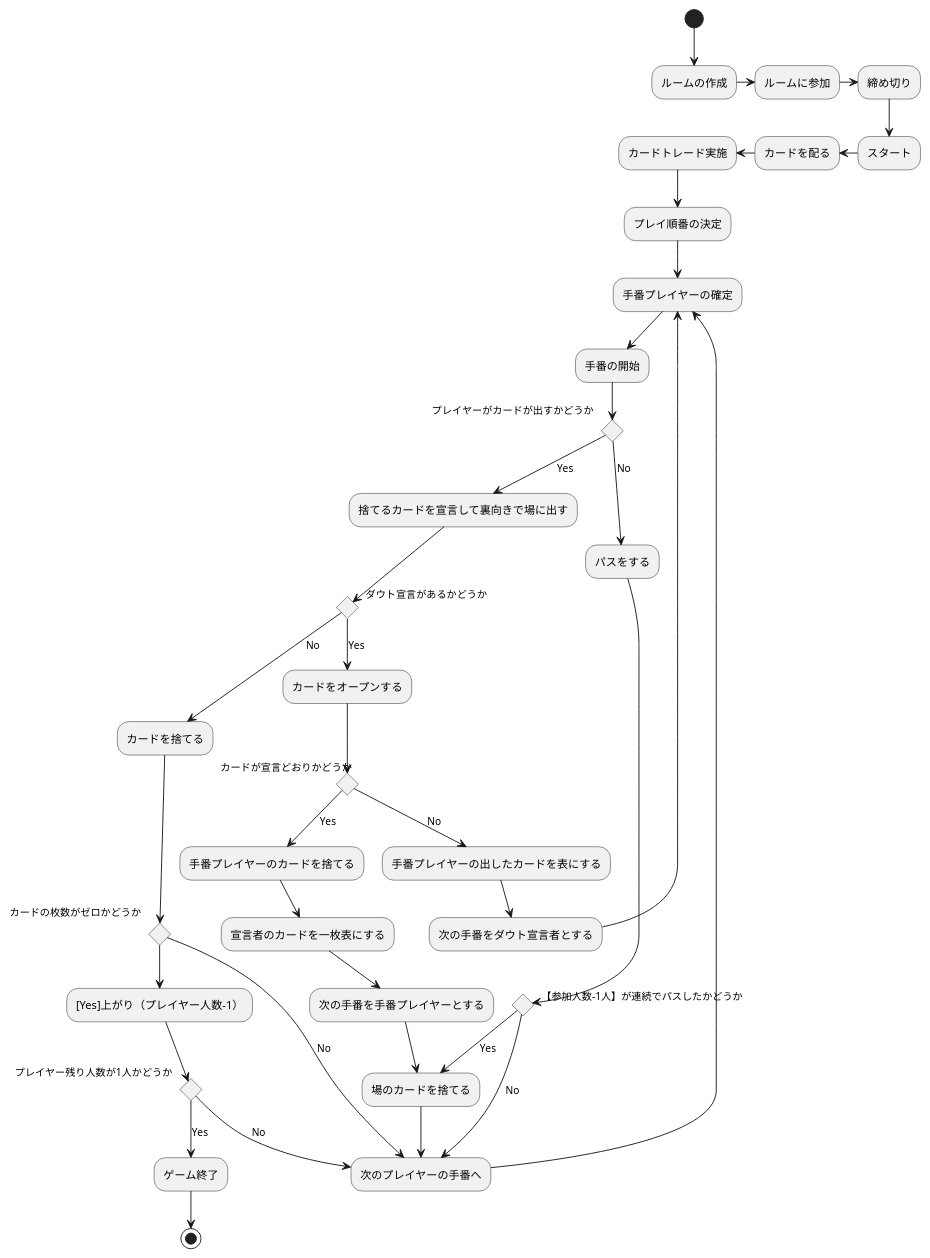
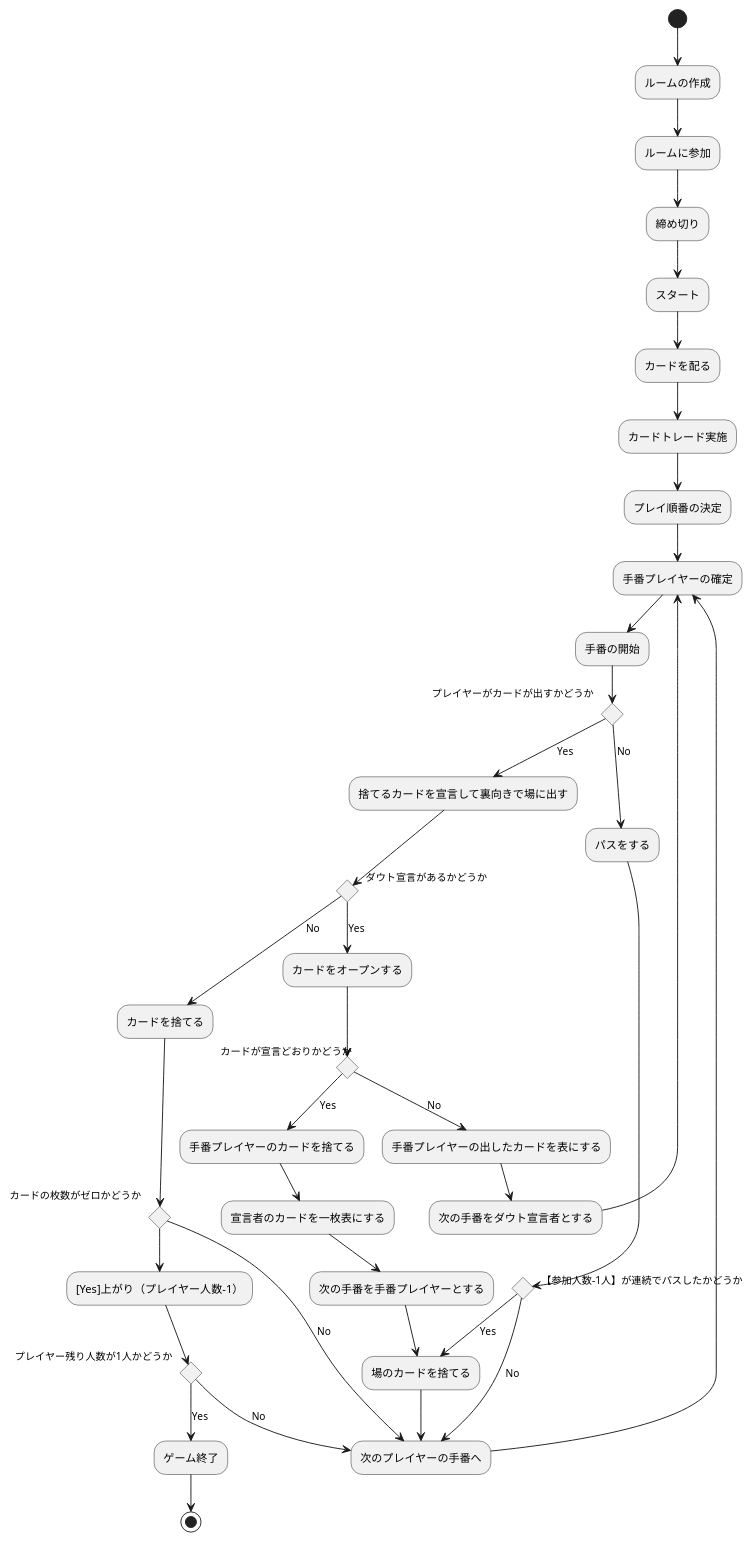
One commit to shonuma/card-game-0001 changed the diagram in docs/sequence.puml. Above: the diagram before and after it, drawn with PlantUML.

Commit message:
fix flowchart

```diff
--- a/docs/sequence.puml
+++ b/docs/sequence.puml
@@ -1,48 +1,48 @@
 
 (*) --> ルームの作成
--right-> ルームに参加
--right-> 締め切り
+--> ルームに参加
+--> 締め切り
 --> スタート
--left-> カードを配る
--left-> カードトレード実施
+--> カードを配る
+--> カードトレード実施
 --> プレイ順番の決定
 --> 手番プレイヤーの確定
 --> 手番の開始
 if プレイヤーがカードが出すかどうか then
     --> [Yes]捨てるカードを宣言して裏向きで場に出す
     if ダウト宣言があるかどうか then
         --> [Yes]カードをオープンする
         if カードが宣言どおりかどうか then
             --> [Yes]手番プレイヤーのカードを捨てる
             --> 宣言者のカードを一枚表にする
             --> 次の手番を手番プレイヤーとする
             --> 場のカードを捨てる
         else
             --> [No]手番プレイヤーの出したカードを表にする
             --> 次の手番をダウト宣言者とする
             --> 手番プレイヤーの確定
         endif
     else
         --> [No]カードを捨てる
     endif
     if カードの枚数がゼロかどうか then
         --> "[Yes]上がり（プレイヤー人数-1）"
         if プレイヤー残り人数が1人かどうか then
             --> [Yes]ゲーム終了
             --> (*)
         else
             --> [No]次のプレイヤーの手番へ
         endif
     else
         --> [No]次のプレイヤーの手番へ
     endif
 else
     --> [No]パスをする
     if 【参加人数-1人】が連続でパスしたかどうか then
         --> [Yes]場のカードを捨てる
         --> 次のプレイヤーの手番へ
     else
         --> [No]次のプレイヤーの手番へ
     endif
 endif
 ----> 手番プレイヤーの確定
```
